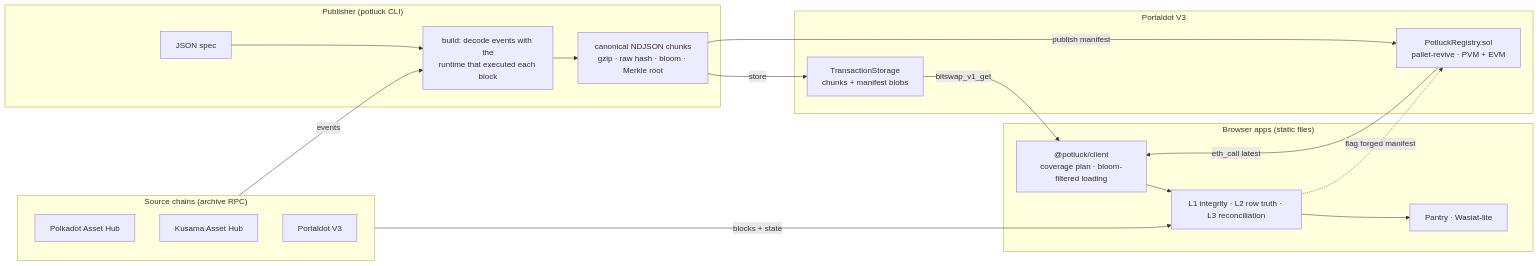
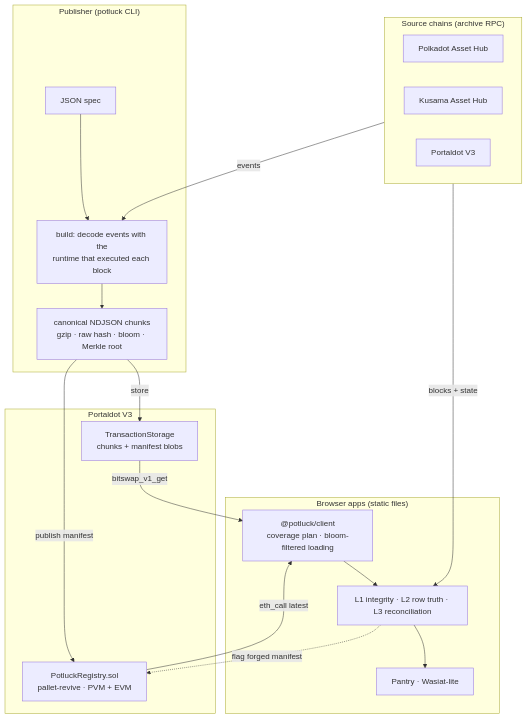
Before and after one commit to wngstnr-code/potluck: the diagram in README.md, drawn with Mermaid.

Commit message:
docs(repo): lay the architecture diagram out top to bottom
The left-to-right layout rendered too small to read at README width on GitHub.

````diff
--- a/README.md
+++ b/README.md
@@ -31,34 +31,34 @@
 ```mermaid
-flowchart LR
+flowchart TB
   subgraph Source["Source chains (archive RPC)"]
     PAH["Polkadot Asset Hub"]
     KAH["Kusama Asset Hub"]
     PDT["Portaldot V3"]
   end
 
   subgraph Publisher["Publisher (potluck CLI)"]
     SPEC["JSON spec"] --> BUILD["build: decode events with the<br/>runtime that executed each block"]
     BUILD --> CHUNKS["canonical NDJSON chunks<br/>gzip · raw hash · bloom · Merkle root"]
   end
 
   subgraph Portaldot["Portaldot V3"]
     TS["TransactionStorage<br/>chunks + manifest blobs"]
     REG["PotluckRegistry.sol<br/>pallet-revive · PVM + EVM"]
   end
 
   subgraph Browser["Browser apps (static files)"]
     SDK["@potluck/client<br/>coverage plan · bloom-filtered loading"]
     VERIFY["L1 integrity · L2 row truth · L3 reconciliation"]
     APPS["Pantry · Wasiat-lite"]
   end
 
   Source -->|events| BUILD
   CHUNKS -->|store| TS
   CHUNKS -->|publish manifest| REG
   REG -->|eth_call latest| SDK
   TS -->|bitswap_v1_get| SDK
   SDK --> VERIFY
   Source -->|blocks + state| VERIFY
   VERIFY --> APPS
   VERIFY -.->|flag forged manifest| REG
 ```
````
